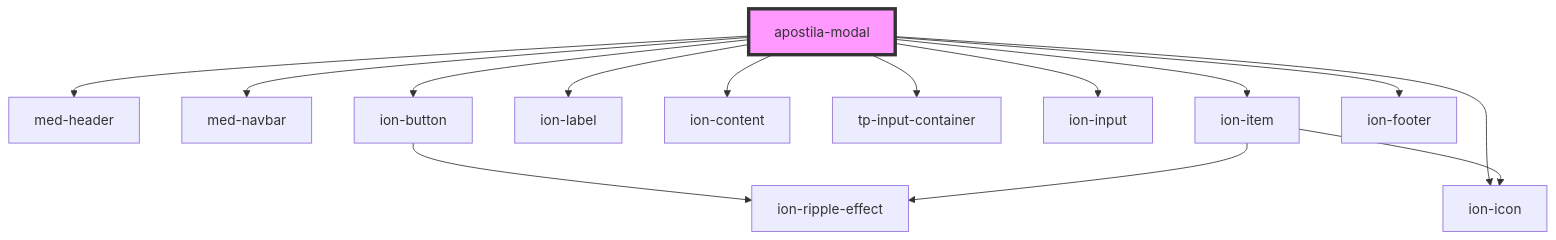
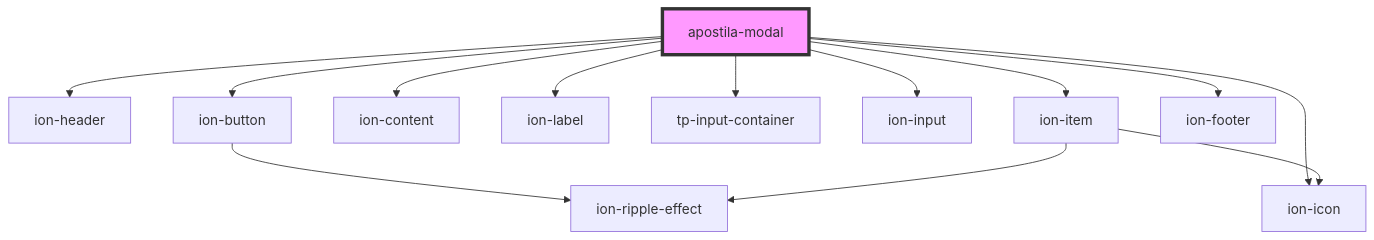
Before and after one commit to MEDGRUPOGIT/ionic-framework-1: the diagram in core/src/components/@templarios/ionic-1-migracao/duvidas-academicas/apostila-modal/readme.md, drawn with Mermaid. The commit also changed other lines of this file and 19 other files, not shown here.

````diff
--- a/core/src/components/@templarios/ionic-1-migracao/duvidas-academicas/apostila-modal/readme.md
+++ b/core/src/components/@templarios/ionic-1-migracao/duvidas-academicas/apostila-modal/readme.md
@@ -24,17 +23,16 @@
 ```mermaid
 graph TD;
-  apostila-modal --> med-header
-  apostila-modal --> med-navbar
+  apostila-modal --> ion-header
   apostila-modal --> ion-button
   apostila-modal --> ion-icon
+  apostila-modal --> ion-content
   apostila-modal --> ion-label
-  apostila-modal --> ion-content
   apostila-modal --> tp-input-container
   apostila-modal --> ion-input
   apostila-modal --> ion-item
   apostila-modal --> ion-footer
   ion-button --> ion-ripple-effect
   ion-item --> ion-icon
   ion-item --> ion-ripple-effect
   style apostila-modal fill:#f9f,stroke:#333,stroke-width:4px
 ```
````
